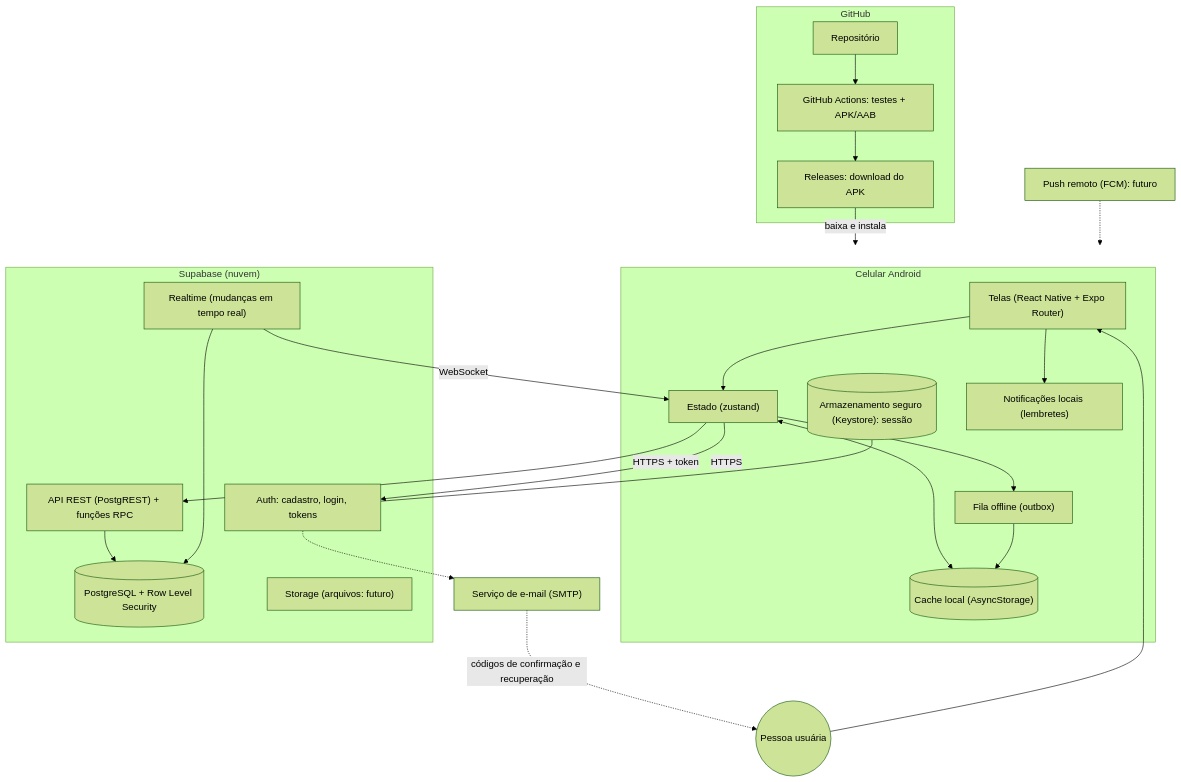
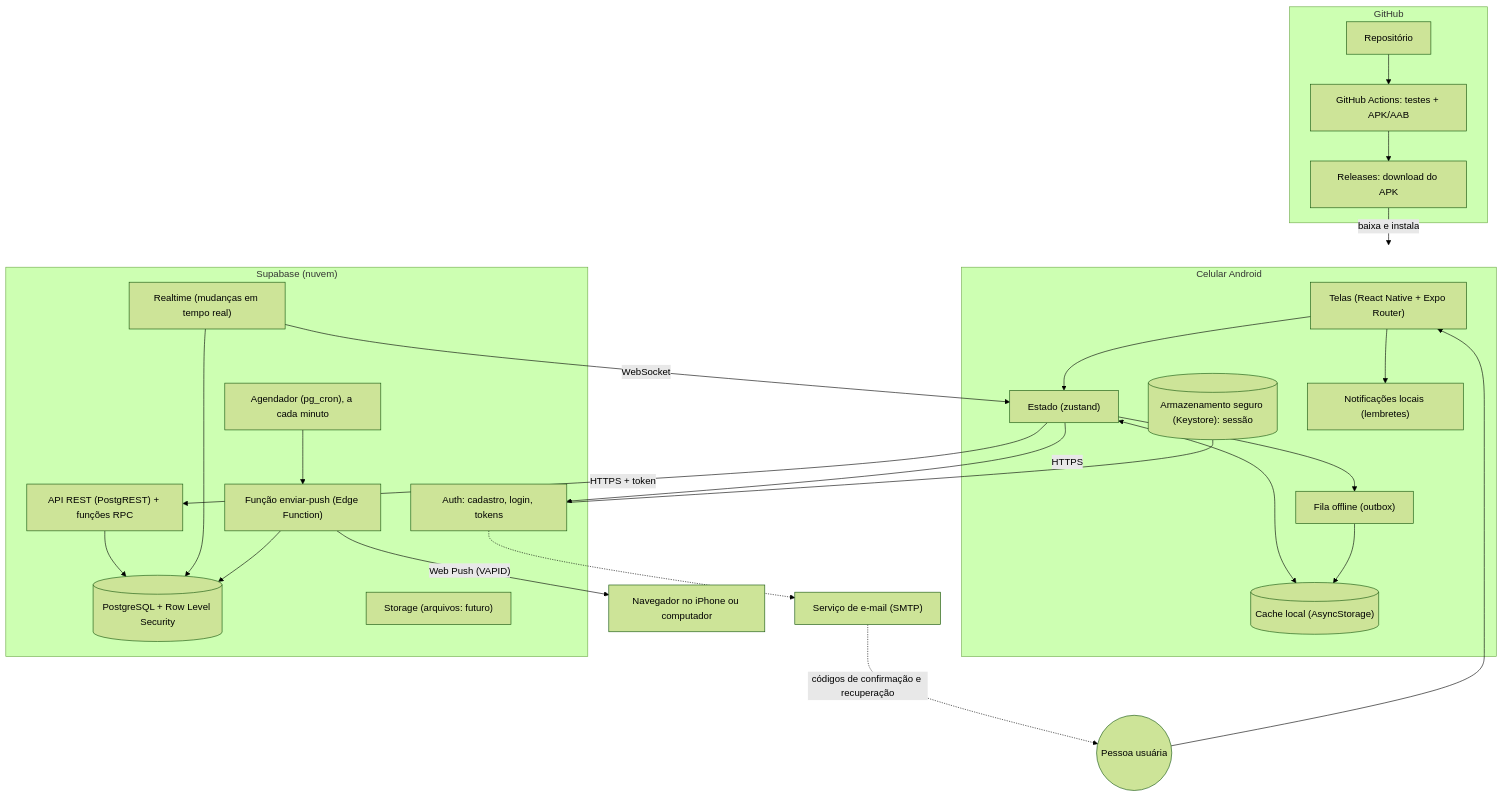
The first of 3 diagrams in ARQUITETURA.md (GustavoOliveira-xxx/app-teste-agenda), drawn with Mermaid (forest theme) before and after one commit. The commit also changed other lines of this file and 55 other files, not shown here.

````diff
--- a/ARQUITETURA.md
+++ b/ARQUITETURA.md
@@ -7,43 +7,47 @@
 ```mermaid
 flowchart TB
   subgraph Celular["Celular Android"]
     UI["Telas (React Native + Expo Router)"]
     Stores["Estado (zustand)"]
     Outbox["Fila offline (outbox)"]
     Cache[("Cache local (AsyncStorage)")]
     Secure[("Armazenamento seguro (Keystore): sessão")]
     LocalNotif["Notificações locais (lembretes)"]
     UI --> Stores
     Stores --> Outbox
     Stores <--> Cache
     Outbox --> Cache
     UI --> LocalNotif
   end
 
   subgraph Supabase["Supabase (nuvem)"]
     Auth["Auth: cadastro, login, tokens"]
     API["API REST (PostgREST) + funções RPC"]
     DB[("PostgreSQL + Row Level Security")]
     RT["Realtime (mudanças em tempo real)"]
     Storage["Storage (arquivos: futuro)"]
+    Cron["Agendador (pg_cron), a cada minuto"]
+    Fn["Função enviar-push (Edge Function)"]
     API --> DB
     RT --> DB
+    Cron --> Fn
+    Fn --> DB
   end
 
   subgraph GitHub["GitHub"]
     Repo["Repositório"]
     Actions["GitHub Actions: testes + APK/AAB"]
     Releases["Releases: download do APK"]
     Repo --> Actions --> Releases
   end
 
   Pessoa(("Pessoa usuária")) --> UI
   Stores -- "HTTPS + token" --> API
   Stores -- "HTTPS" --> Auth
   RT -- "WebSocket" --> Stores
   Secure --- Auth
   Releases -- "baixa e instala" --> Celular
   Email["Serviço de e-mail (SMTP)"] -. "códigos de confirmação e recuperação" .-> Pessoa
   Auth -.-> Email
-  Push["Push remoto (FCM): futuro"] -.-> Celular
+  Fn -- "Web Push (VAPID)" --> Navegador["Navegador no iPhone ou computador"]
 ```
````
